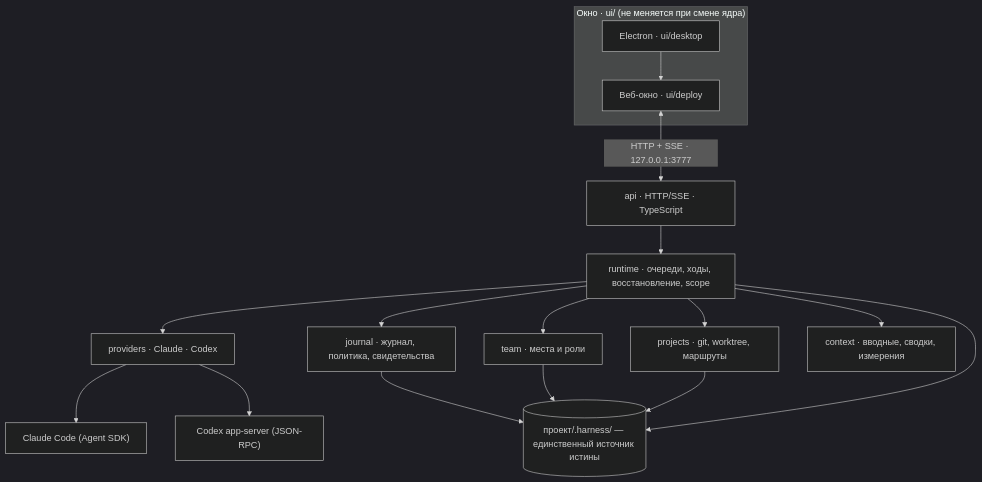
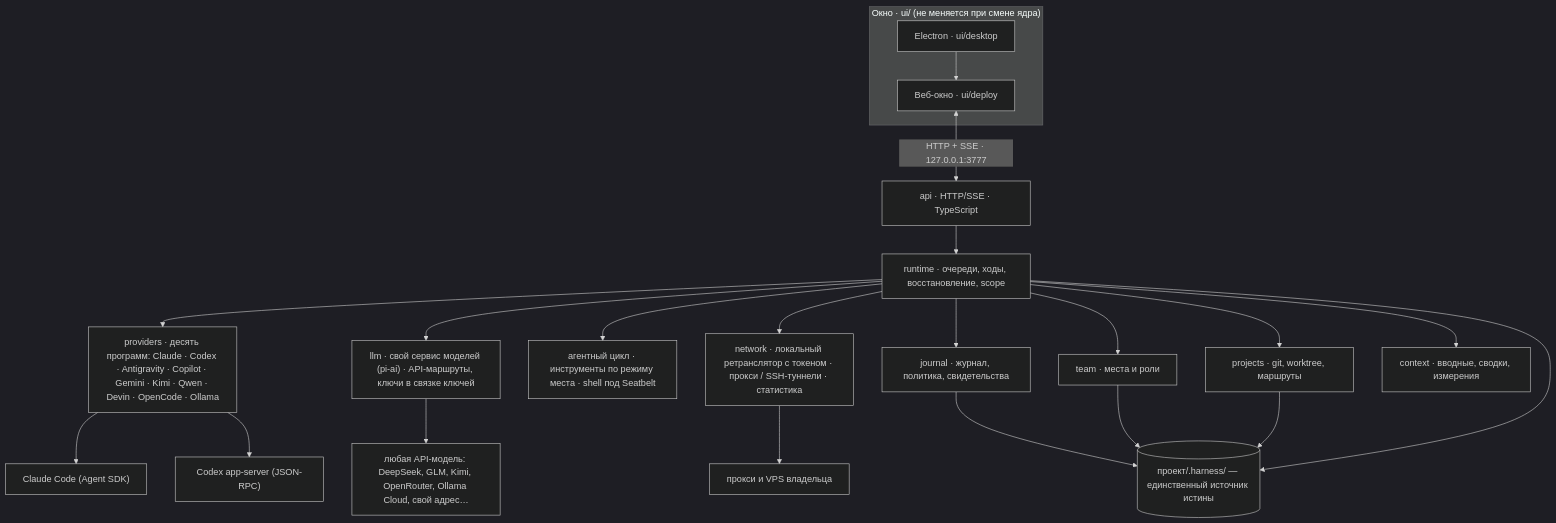
One commit to sergekostenchuk/harnessy changed the first of 2 diagrams in README.ru.md. Above: the diagram before and after it, drawn with Mermaid (dark theme). The commit also changed other lines of this file and 7 other files, not shown here.

Commit message:
docs: README — каталог из десяти программ, модели по API (llm + агентный цикл), прокси и VPS (TS-21..TS-23), живой слой окна

````diff
--- a/README.ru.md
+++ b/README.ru.md
@@ -14,16 +14,21 @@
 ```mermaid
 flowchart TB
   subgraph UI["Окно · ui/ (не меняется при смене ядра)"]
     E["Electron · ui/desktop"] --> W["Веб-окно · ui/deploy"]
   end
   W <-->|"HTTP + SSE · 127.0.0.1:3777"| API["api · HTTP/SSE · TypeScript"]
   API --> RT["runtime · очереди, ходы, восстановление, scope"]
-  RT --> PV["providers · Claude · Codex"]
+  RT --> PV["providers · десять программ: Claude · Codex · Antigravity · Copilot · Gemini · Kimi · Qwen · Devin · OpenCode · Ollama"]
+  RT --> LL["llm · свой сервис моделей (pi-ai) · API-маршруты, ключи в связке ключей"]
+  RT --> AG["агентный цикл · инструменты по режиму места · shell под Seatbelt"]
+  RT --> NR["network · локальный ретранслятор с токеном · прокси / SSH-туннели · статистика"]
   RT --> J["journal · журнал, политика, свидетельства"]
   RT --> T["team · места и роли"]
   RT --> PJ["projects · git, worktree, маршруты"]
   RT --> CX["context · вводные, сводки, измерения"]
   J & T & PJ & RT --> F[("проект/.harness/ — единственный источник истины")]
   PV --> CL["Claude Code (Agent SDK)"]
   PV --> CO["Codex app-server (JSON-RPC)"]
+  LL --> AI["любая API-модель: DeepSeek, GLM, Kimi, OpenRouter, Ollama Cloud, свой адрес…"]
+  NR --> EX["прокси и VPS владельца"]
 ```
````
